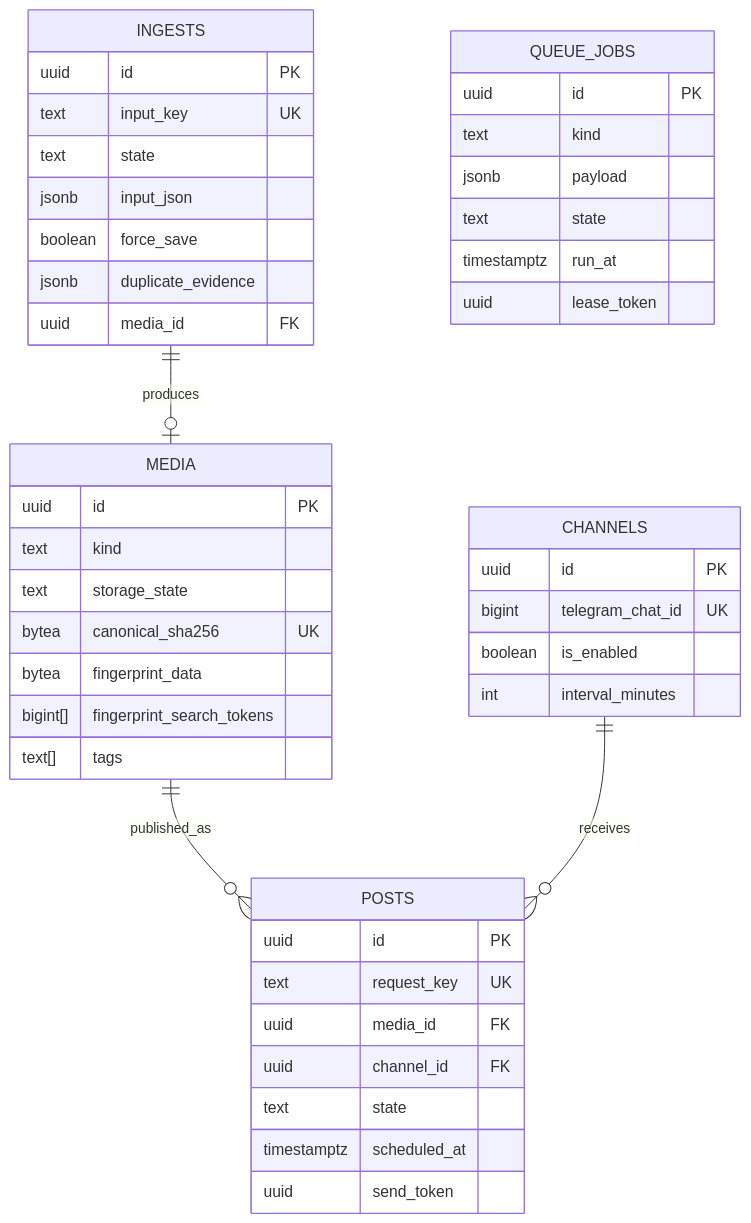
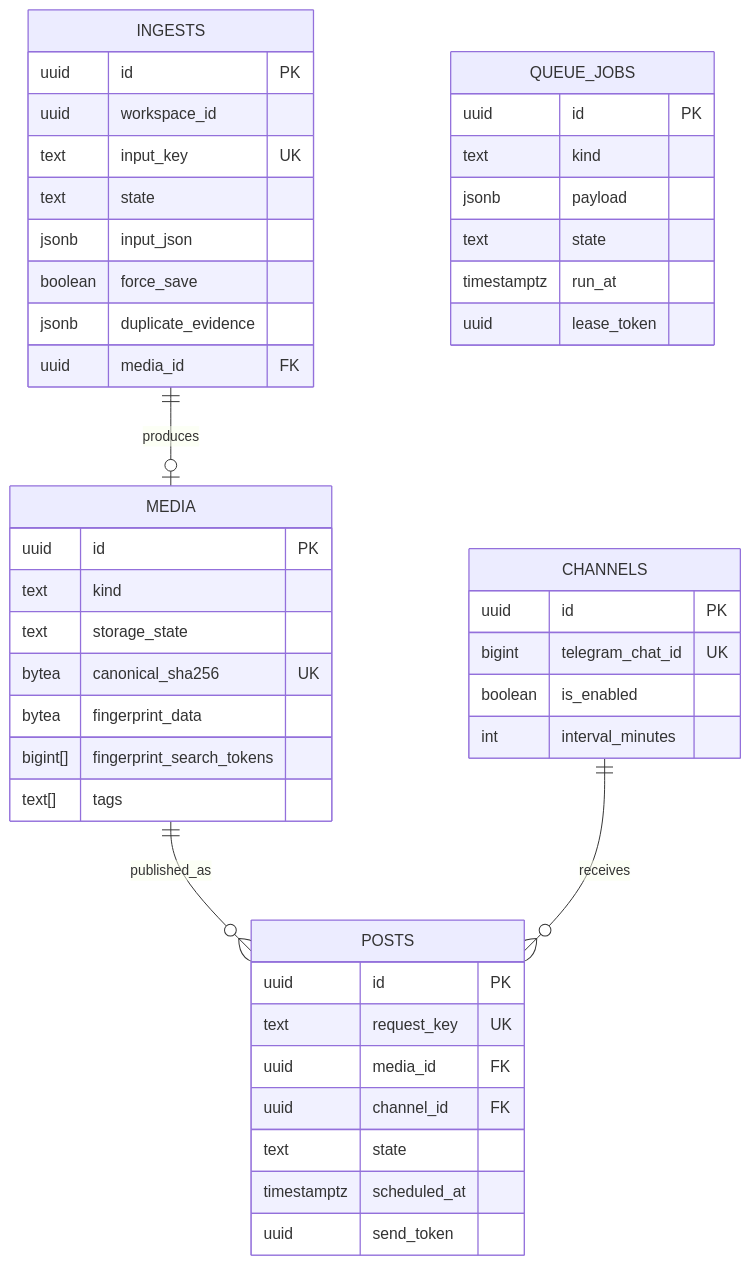
Before and after one commit to godlikedh/sooqa: the first of 2 diagrams in docs/architecture.md, drawn with Mermaid. The commit also changed other lines of this file and 17 other files, not shown here.

````diff
--- a/docs/architecture.md
+++ b/docs/architecture.md
@@ -15,47 +15,48 @@
 ```mermaid
 erDiagram
     INGESTS ||--o| MEDIA : produces
     MEDIA ||--o{ POSTS : published_as
     CHANNELS ||--o{ POSTS : receives
     QUEUE_JOBS {
         uuid id PK
         text kind
         jsonb payload
         text state
         timestamptz run_at
         uuid lease_token
     }
     INGESTS {
         uuid id PK
+        uuid workspace_id
         text input_key UK
         text state
         jsonb input_json
         boolean force_save
         jsonb duplicate_evidence
         uuid media_id FK
     }
     MEDIA {
         uuid id PK
         text kind
         text storage_state
         bytea canonical_sha256 UK
         bytea fingerprint_data
         bigint[] fingerprint_search_tokens
         text[] tags
     }
     CHANNELS {
         uuid id PK
         bigint telegram_chat_id UK
         boolean is_enabled
         int interval_minutes
     }
     POSTS {
         uuid id PK
         text request_key UK
         uuid media_id FK
         uuid channel_id FK
         text state
         timestamptz scheduled_at
         uuid send_token
     }
 ```
````
